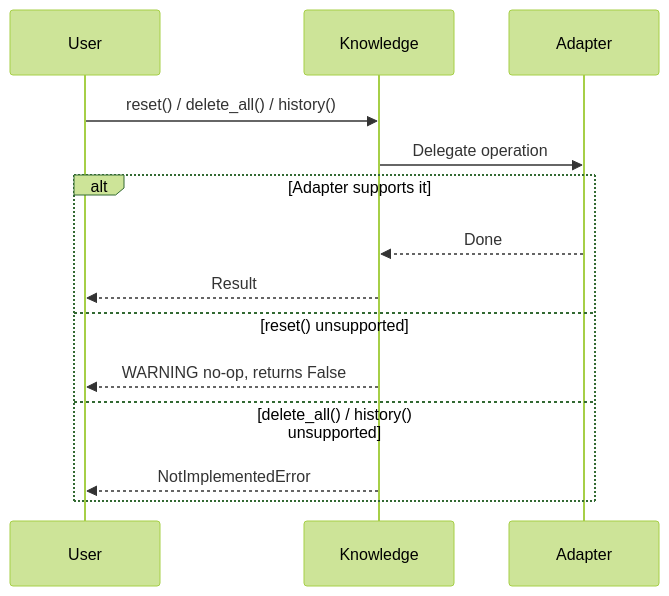
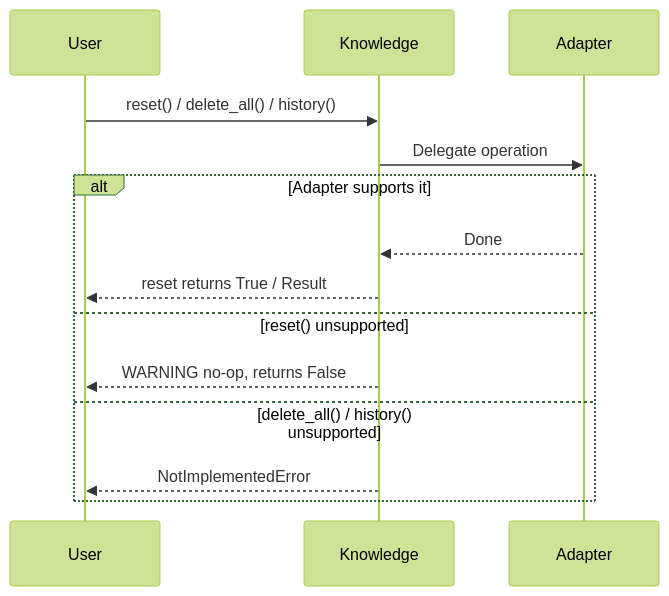
The second of 2 diagrams in docs/knowledge/erasure.mdx (MervinPraison/PraisonAIDocs), drawn with Mermaid (forest theme) before and after one commit. The commit also changed other lines of this file and 1 other file, not shown here.

Commit message:
docs: update Knowledge.reset() and knowledge.clear semantics for PR #4991 (fixes #4030)

````diff
--- a/docs/knowledge/erasure.mdx
+++ b/docs/knowledge/erasure.mdx
@@ -74,17 +74,17 @@
 ```mermaid
 sequenceDiagram
     participant User
     participant Knowledge
     participant Adapter
 
     User->>Knowledge: reset() / delete_all() / history()
     Knowledge->>Adapter: Delegate operation
     alt Adapter supports it
         Adapter-->>Knowledge: Done
-        Knowledge-->>User: Result
+        Knowledge-->>User: reset returns True / Result
     else reset() unsupported
         Knowledge-->>User: WARNING no-op, returns False
     else delete_all() / history() unsupported
         Knowledge-->>User: NotImplementedError
     end
 ```
````
